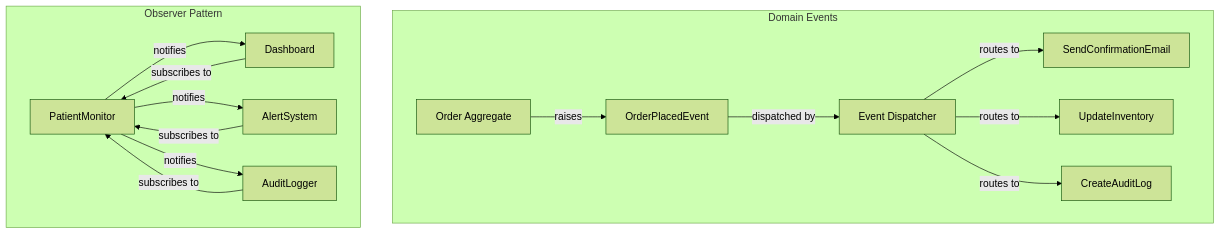
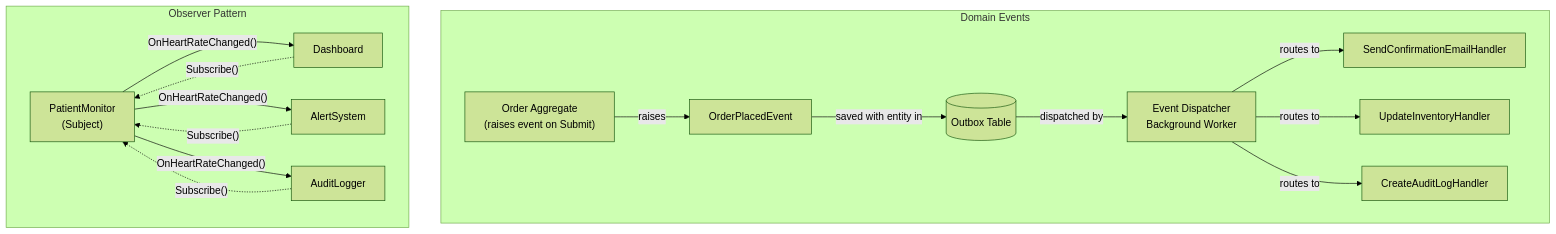
Diagram 11 of 12 in docs/comparison-maps.md (senapatisantosh/DotnetAdvanceDesignPattern), drawn with Mermaid (forest theme) before and after one commit. The commit also changed other lines of this file and 1 other file, not shown here.

````diff
--- a/docs/comparison-maps.md
+++ b/docs/comparison-maps.md
@@ -448,19 +533,20 @@
 ```mermaid
 graph TD
     subgraph "Domain Events"
-        DE_Aggregate[Order Aggregate] -->|raises| DE_Event[OrderPlacedEvent]
-        DE_Event -->|dispatched by| DE_Dispatcher[Event Dispatcher]
-        DE_Dispatcher -->|routes to| DE_Handler1[SendConfirmationEmail]
-        DE_Dispatcher -->|routes to| DE_Handler2[UpdateInventory]
-        DE_Dispatcher -->|routes to| DE_Handler3[CreateAuditLog]
+        DE_Aggregate["Order Aggregate<br/>(raises event on Submit)"] -->|raises| DE_Event[OrderPlacedEvent]
+        DE_Event -->|saved with entity in| DE_Outbox[(Outbox Table)]
+        DE_Outbox -->|dispatched by| DE_Dispatcher[Event Dispatcher<br/>Background Worker]
+        DE_Dispatcher -->|routes to| DE_Handler1[SendConfirmationEmailHandler]
+        DE_Dispatcher -->|routes to| DE_Handler2[UpdateInventoryHandler]
+        DE_Dispatcher -->|routes to| DE_Handler3[CreateAuditLogHandler]
     end
 
     subgraph "Observer Pattern"
-        O_Subject[PatientMonitor] -->|notifies| O_Obs1[Dashboard]
-        O_Subject -->|notifies| O_Obs2[AlertSystem]
-        O_Subject -->|notifies| O_Obs3[AuditLogger]
-        O_Obs1 -->|subscribes to| O_Subject
-        O_Obs2 -->|subscribes to| O_Subject
-        O_Obs3 -->|subscribes to| O_Subject
+        O_Subject["PatientMonitor<br/>(Subject)"] -->|"OnHeartRateChanged()"| O_Obs1[Dashboard]
+        O_Subject -->|"OnHeartRateChanged()"| O_Obs2[AlertSystem]
+        O_Subject -->|"OnHeartRateChanged()"| O_Obs3[AuditLogger]
+        O_Obs1 -.->|"Subscribe()"| O_Subject
+        O_Obs2 -.->|"Subscribe()"| O_Subject
+        O_Obs3 -.->|"Subscribe()"| O_Subject
     end
 ```
````
